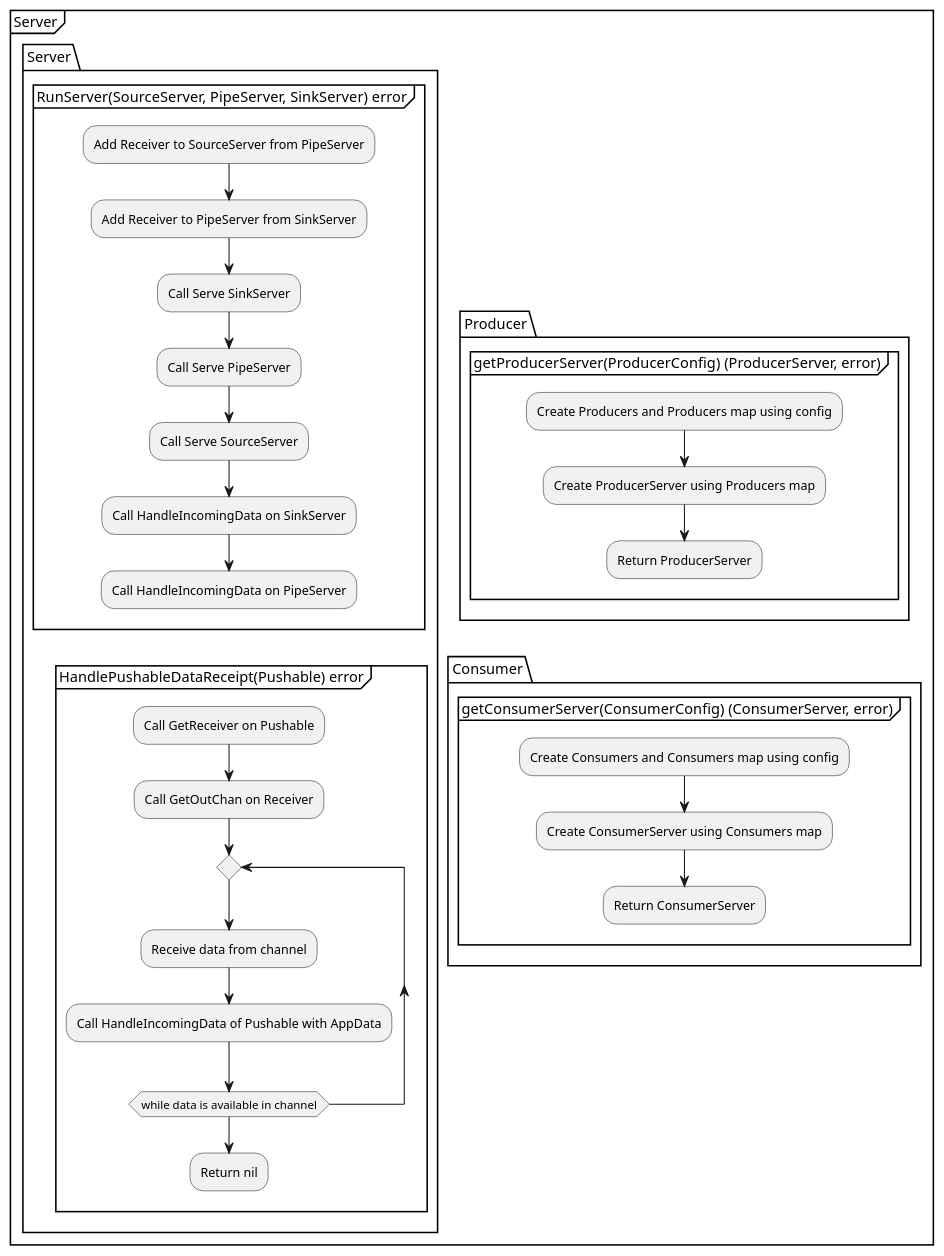
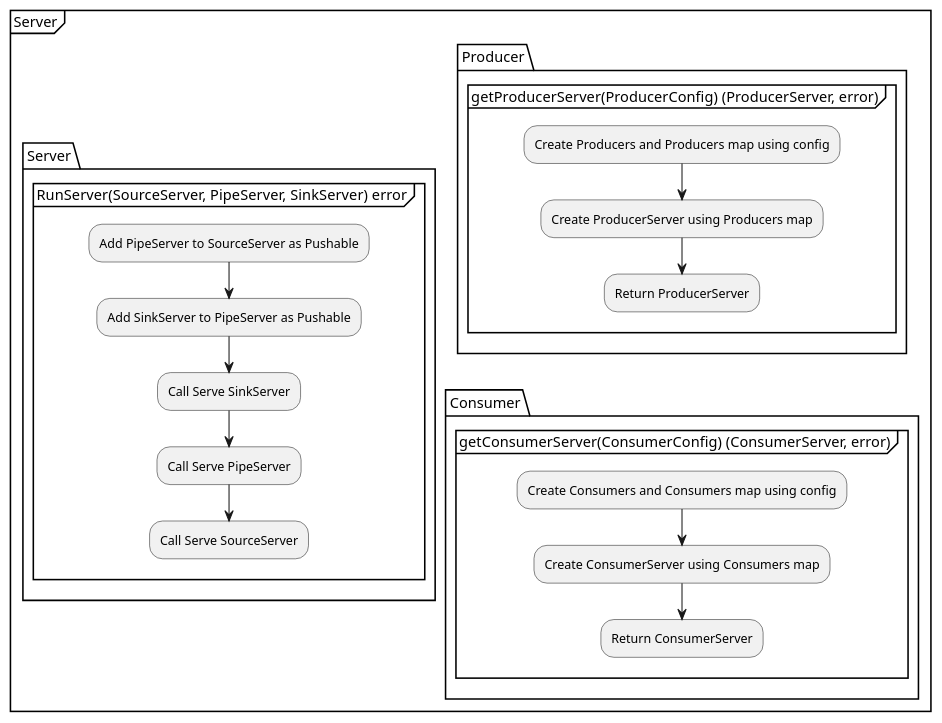
One commit to xtuml/otel2pv changed the diagram in docs/design_notes/DN1_JSON_Extractor/implementation_server.puml. Above: the diagram before and after it, drawn with PlantUML. The commit also changed 14 other files, not shown here.

First line of the commit message:
Cdsopv 63 update architecture to remove receiver and use pushable as receiver (#29)

```diff
--- a/docs/design_notes/DN1_JSON_Extractor/implementation_server.puml
+++ b/docs/design_notes/DN1_JSON_Extractor/implementation_server.puml
@@ -1,47 +1,35 @@
 @startuml
     partition Server {
         split
         -[hidden]->
         package Server {
             group RunServer(SourceServer, PipeServer, SinkServer) error {
-                :Add Receiver to SourceServer from PipeServer;
-                :Add Receiver to PipeServer from SinkServer;
+                :Add PipeServer to SourceServer as Pushable;
+                :Add SinkServer to PipeServer as Pushable;
                 :Call Serve SinkServer;
                 :Call Serve PipeServer;
                 :Call Serve SourceServer;
-                :Call HandleIncomingData on SinkServer;
-                :Call HandleIncomingData on PipeServer;
-                detach
-            }
-            group HandlePushableDataReceipt(Pushable) error {
-                :Call GetReceiver on Pushable;
-                :Call GetOutChan on Receiver;
-                repeat
-                    :Receive data from channel;
-                    :Call HandleIncomingData of Pushable with AppData;
-                repeat while (while data is available in channel)
-                :Return nil;
                 detach
             }
         }
         split again
         -[hidden]->
         package Producer {
             group getProducerServer(ProducerConfig) (ProducerServer, error) {
                 :Create Producers and Producers map using config;
                 :Create ProducerServer using Producers map;
                 :Return ProducerServer;
                 detach
             }
         }
         package Consumer {
             group getConsumerServer(ConsumerConfig) (ConsumerServer, error) {
                 :Create Consumers and Consumers map using config;
                 :Create ConsumerServer using Consumers map;
                 :Return ConsumerServer;
                 detach
             }
         }
         end split
     }
 @enduml
```
